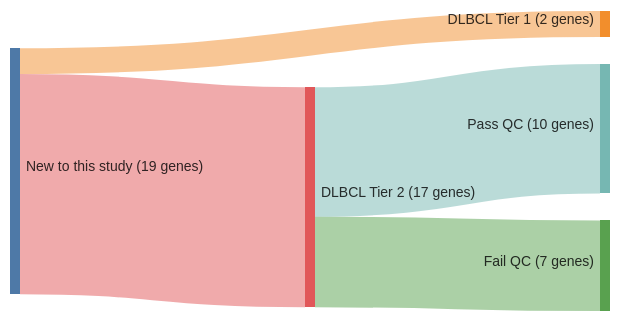
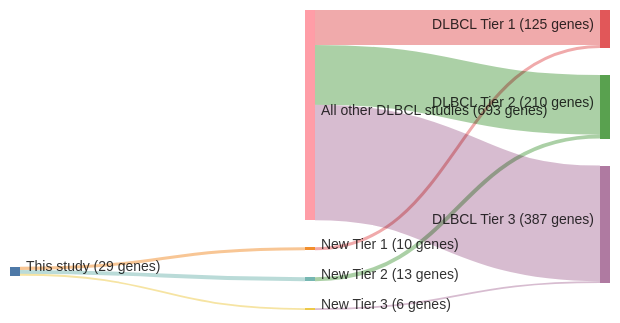
Before and after one commit to morinlab/lymphopedia: the diagram in papers/chapuyMolecularSubtypesDiffuse2018.md, drawn with Mermaid. The commit also changed other lines of this file and 81 other files, not shown here.

````diff
--- a/papers/chapuyMolecularSubtypesDiffuse2018.md
+++ b/papers/chapuyMolecularSubtypesDiffuse2018.md
@@ -14,18 +12,23 @@
 ```mermaid
 ---
 config:
     sankey:
         showValues: true
         linkColor: target
         width: 600
         height: 300
         nodeAlignment: right
         prefix: '('
         suffix: ' genes)'
 ---
 sankey-beta
-New to this study, DLBCL Tier 1, 2
-New to this study, DLBCL Tier 2, 17
-DLBCL Tier 2, Pass QC, 10
-DLBCL Tier 2, Fail QC, 7
+This study, New Tier 1, 10
+New Tier 1, DLBCL Tier 1, 10
+This study, New Tier 2, 13
+New Tier 2, DLBCL Tier 2, 13
+This study, New Tier 3, 6
+New Tier 3, DLBCL Tier 3, 6
+All other DLBCL studies, DLBCL Tier 1, 115
+All other DLBCL studies, DLBCL Tier 2, 197
+All other DLBCL studies, DLBCL Tier 3, 381
 ```
````
